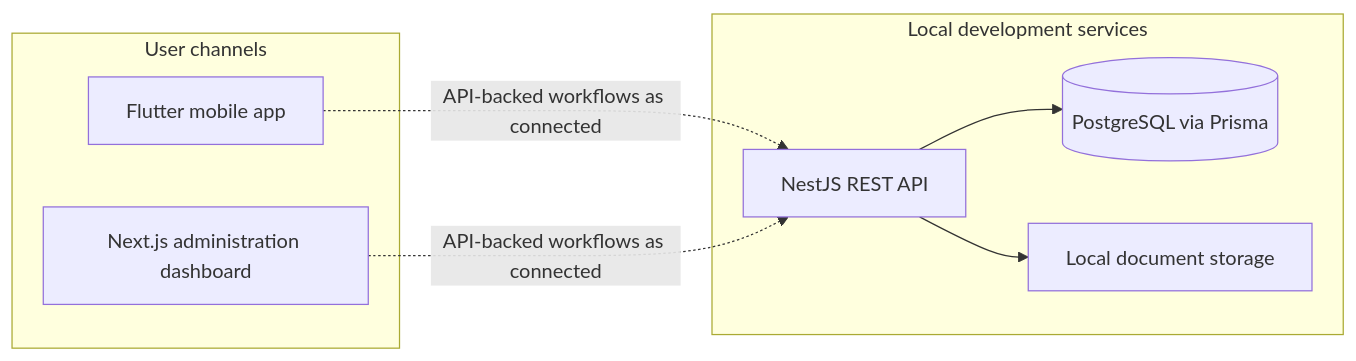
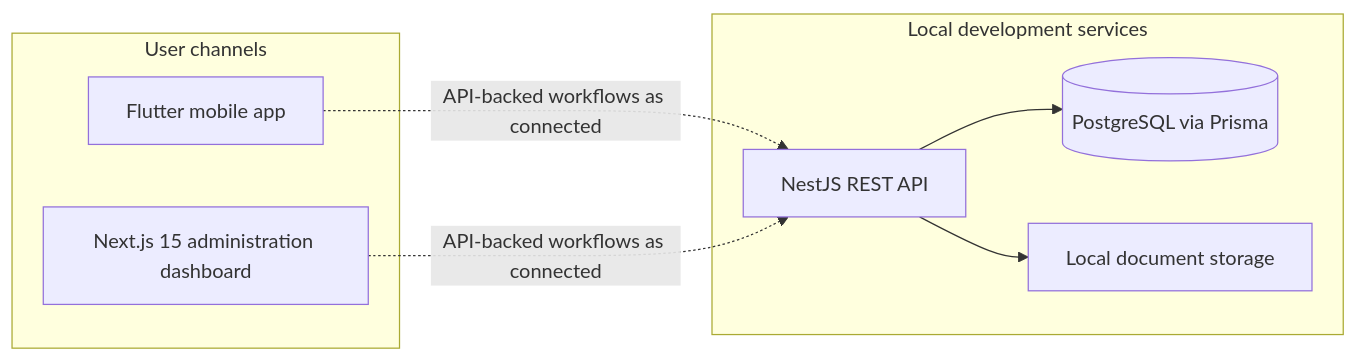
One commit to sarvodaya-connect/sarvodaya-connect changed the first of 5 diagrams in README.md. Above: the diagram before and after it, drawn with Mermaid. The commit also changed other lines of this file and 5 other files, not shown here.

Commit message:
chore(dashboard): pin Next.js 15 for Amplify

````diff
--- a/README.md
+++ b/README.md
@@ -54,18 +54,18 @@
 ```mermaid
 flowchart LR
     subgraph Clients[User channels]
         Mobile[Flutter mobile app]
-        Dashboard[Next.js administration dashboard]
+        Dashboard[Next.js 15 administration dashboard]
     end
 
     subgraph Local[Local development services]
         API[NestJS REST API]
         DB[(PostgreSQL via Prisma)]
         Files[Local document storage]
     end
 
     Mobile -. "API-backed workflows as connected" .-> API
     Dashboard -. "API-backed workflows as connected" .-> API
     API --> DB
     API --> Files
 ```
````
